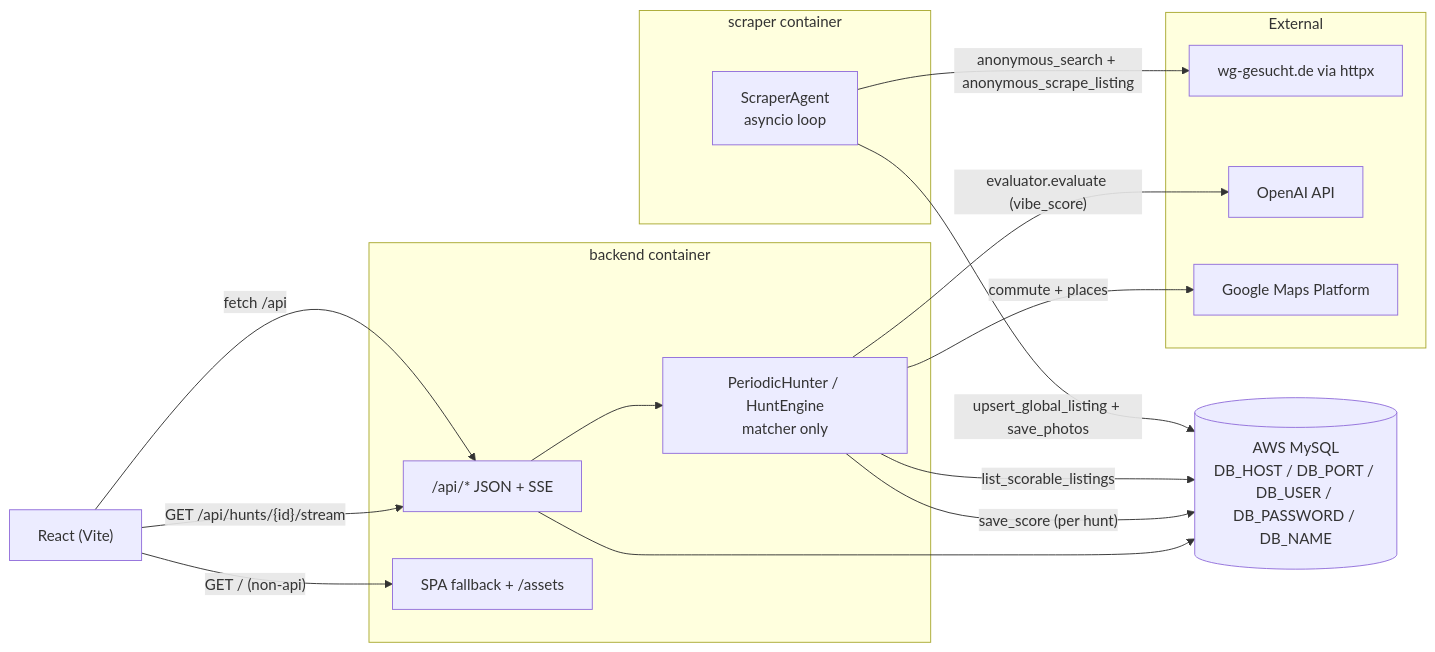
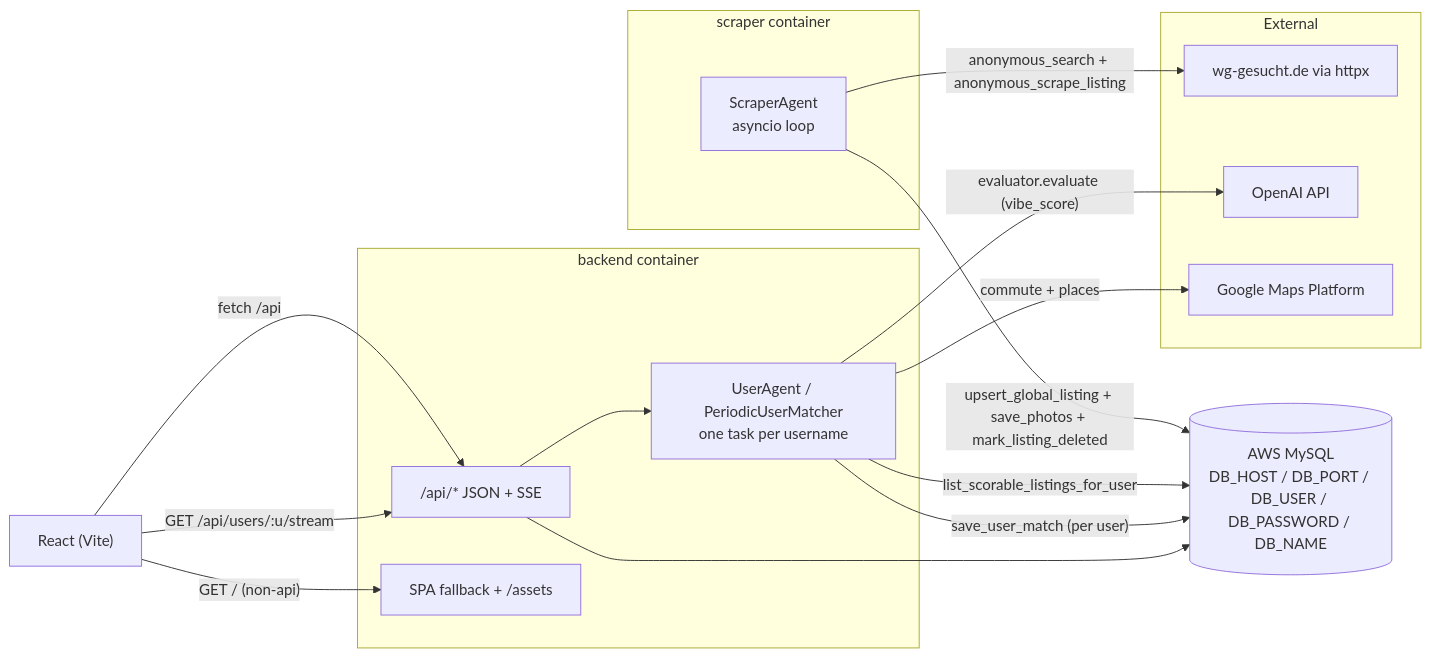
The first of 3 diagrams in docs/ARCHITECTURE.md (v-ya-ch-e/tumai-makeathon-2026), drawn with Mermaid before and after one commit. The commit also changed other lines of this file and 30 other files, not shown here.

````diff
--- a/docs/ARCHITECTURE.md
+++ b/docs/ARCHITECTURE.md
@@ -10,28 +10,28 @@
 ```mermaid
 flowchart LR
   subgraph scraperSvc [scraper container]
     SA["ScraperAgent<br/>asyncio loop"]
   end
   subgraph backendSvc [backend container]
     API["/api/* JSON + SSE"]
     SPA["SPA fallback + /assets"]
-    PH["PeriodicHunter / HuntEngine<br/>matcher only"]
+    PM["UserAgent / PeriodicUserMatcher<br/>one task per username"]
   end
   subgraph external [External]
     WG["wg-gesucht.de via httpx"]
     OAI["OpenAI API"]
     GM["Google Maps Platform"]
   end
   MySQL[("AWS MySQL<br/>DB_HOST / DB_PORT / DB_USER / DB_PASSWORD / DB_NAME")]
   SA -->|"anonymous_search + anonymous_scrape_listing"| WG
-  SA -->|"upsert_global_listing + save_photos"| MySQL
+  SA -->|"upsert_global_listing + save_photos + mark_listing_deleted"| MySQL
   React["React (Vite)"] -->|"fetch /api"| API
-  React -->|"GET /api/hunts/{id}/stream"| API
-  API --> PH
-  PH -->|"list_scorable_listings"| MySQL
-  PH -->|"save_score (per hunt)"| MySQL
-  PH -->|"evaluator.evaluate (vibe_score)"| OAI
-  PH -->|"commute + places"| GM
+  React -->|"GET /api/users/:u/stream"| API
+  API --> PM
+  PM -->|"list_scorable_listings_for_user"| MySQL
+  PM -->|"save_user_match (per user)"| MySQL
+  PM -->|"evaluator.evaluate (vibe_score)"| OAI
+  PM -->|"commute + places"| GM
   API --> MySQL
   React -->|"GET / (non-api)"| SPA
 ```
````
